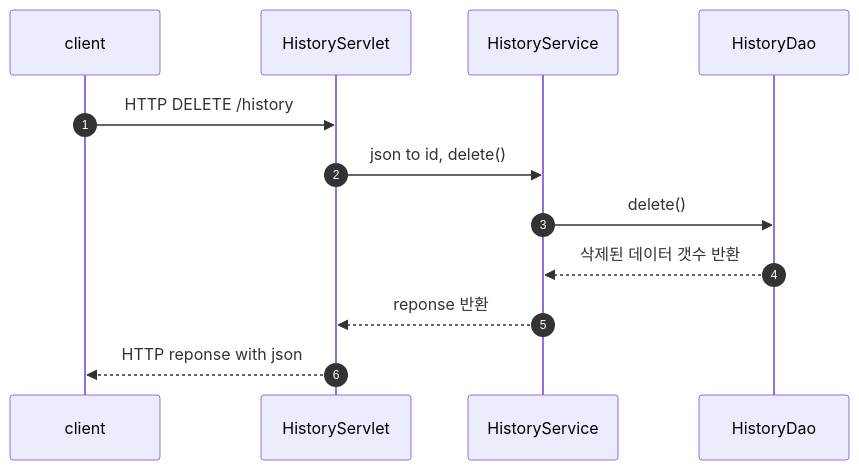
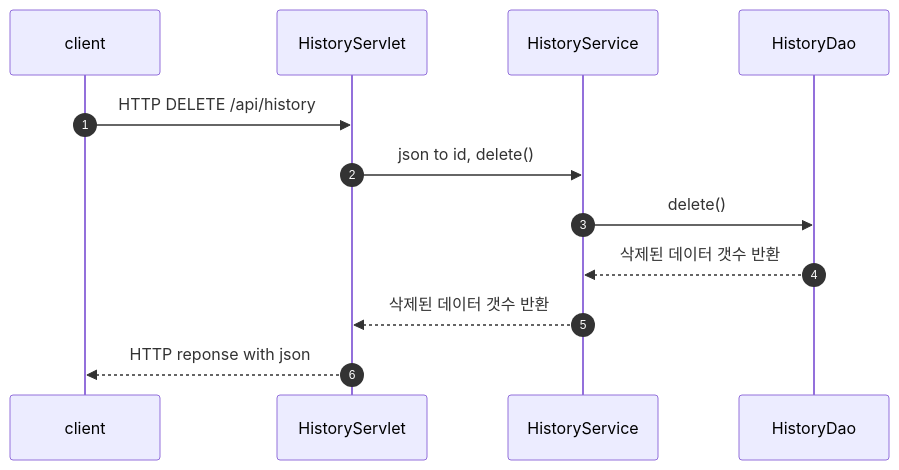
One commit to kimJH47/wifiServer changed the sixth of 13 diagrams in readme.md. Above: the diagram before and after it, drawn with Mermaid. The commit also changed other lines of this file, not shown here.

Commit message:
fix: flow chart, api 명세 수정

````diff
--- a/readme.md
+++ b/readme.md
@@ -112,16 +114,16 @@
 ```mermaid
     sequenceDiagram
     autonumber
     participant client
     participant HistoryServlet
     participant HistoryService
     participant HistoryDao
 
-    client->> HistoryServlet: HTTP DELETE /history 
+    client->> HistoryServlet: HTTP DELETE /api/history 
     HistoryServlet->> HistoryService: json to id, delete()
     HistoryService->> HistoryDao: delete()
     HistoryDao-->>HistoryService: 삭제된 데이터 갯수 반환
-    HistoryService-->>HistoryServlet: reponse 반환
+    HistoryService-->>HistoryServlet: 삭제된 데이터 갯수 반환
     HistoryServlet-->> client : HTTP reponse with json
     
 ```
````
